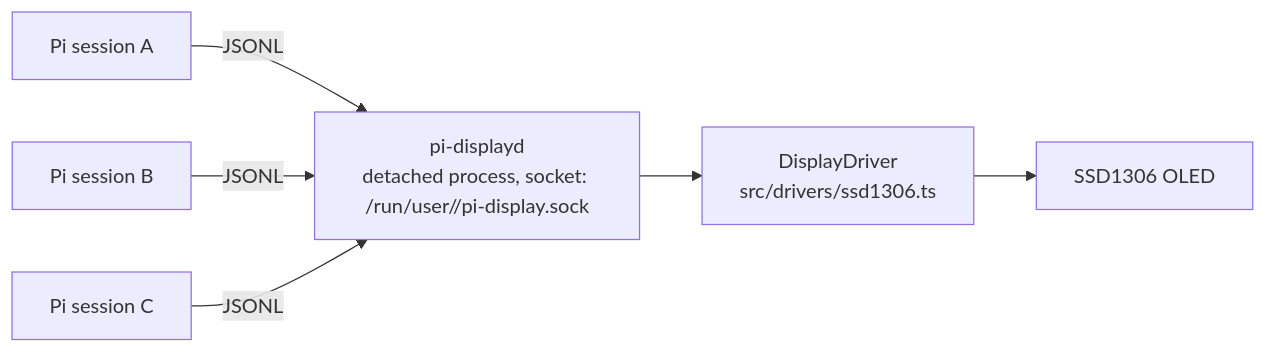
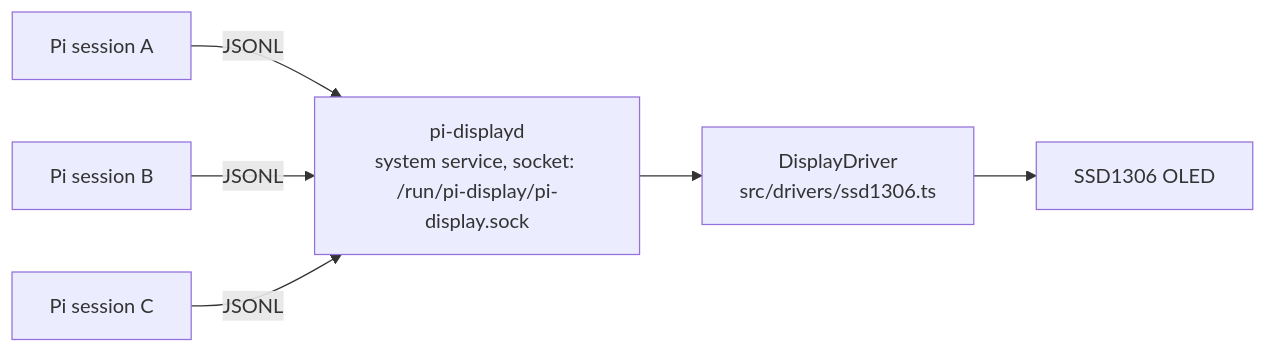
Before and after one commit to tonyputi/pi-display: the diagram in README.md, drawn with Mermaid. The commit also changed other lines of this file and 2 other files, not shown here.

Commit message:
feat: run the daemon as a system systemd service

````diff
--- a/README.md
+++ b/README.md
@@ -7,8 +7,8 @@
 ```mermaid
 flowchart LR
     A["Pi session A"] -- JSONL --> S
     B["Pi session B"] -- JSONL --> S
     C["Pi session C"] -- JSONL --> S
-    S["pi-displayd<br/>detached process, socket: /run/user/<uid>/pi-display.sock"] --> D["DisplayDriver<br/>src/drivers/ssd1306.ts"]
+    S["pi-displayd<br/>system service, socket: /run/pi-display/pi-display.sock"] --> D["DisplayDriver<br/>src/drivers/ssd1306.ts"]
     D --> HW["SSD1306 OLED"]
 ```
````
